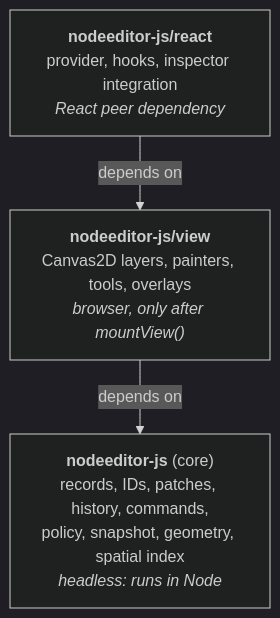
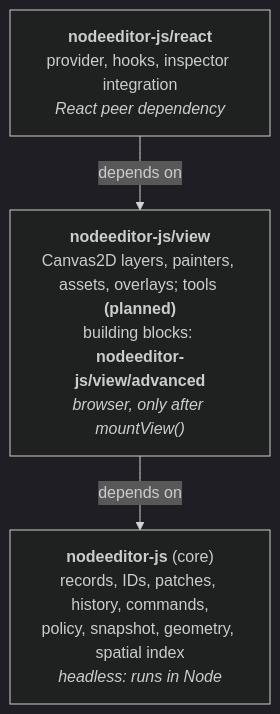
The first of 5 diagrams in docs/architecture.md (paceholder/nodeeditor-js), drawn with Mermaid (dark theme) before and after one commit. The commit also changed other lines of this file and 3 other files, not shown here.

First line of the commit message:
Document the canvas view

````diff
--- a/docs/architecture.md
+++ b/docs/architecture.md
@@ -13,8 +13,8 @@
 ```mermaid
 flowchart TB
   react["<b>nodeeditor-js/react</b><br/>provider, hooks, inspector integration<br/><i>React peer dependency</i>"]
-  view["<b>nodeeditor-js/view</b><br/>Canvas2D layers, painters, tools, overlays<br/><i>browser, only after mountView()</i>"]
+  view["<b>nodeeditor-js/view</b><br/>Canvas2D layers, painters, assets, overlays; tools <b>(planned)</b><br/>building blocks: <b>nodeeditor-js/view/advanced</b><br/><i>browser, only after mountView()</i>"]
   core["<b>nodeeditor-js</b> (core)<br/>records, IDs, patches, history, commands,<br/>policy, snapshot, geometry, spatial index<br/><i>headless: runs in Node</i>"]
   react -- depends on --> view
   view -- depends on --> core
 ```
````
